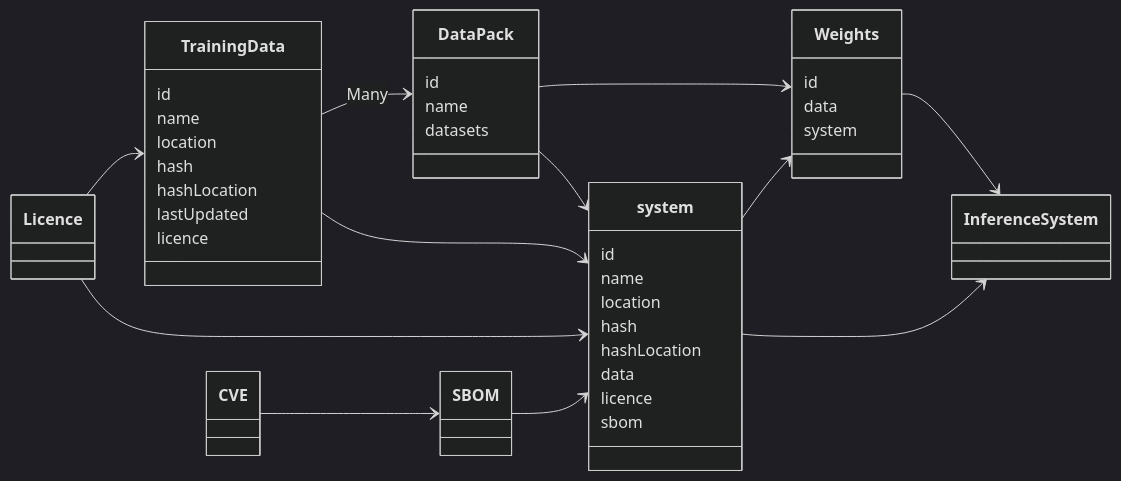
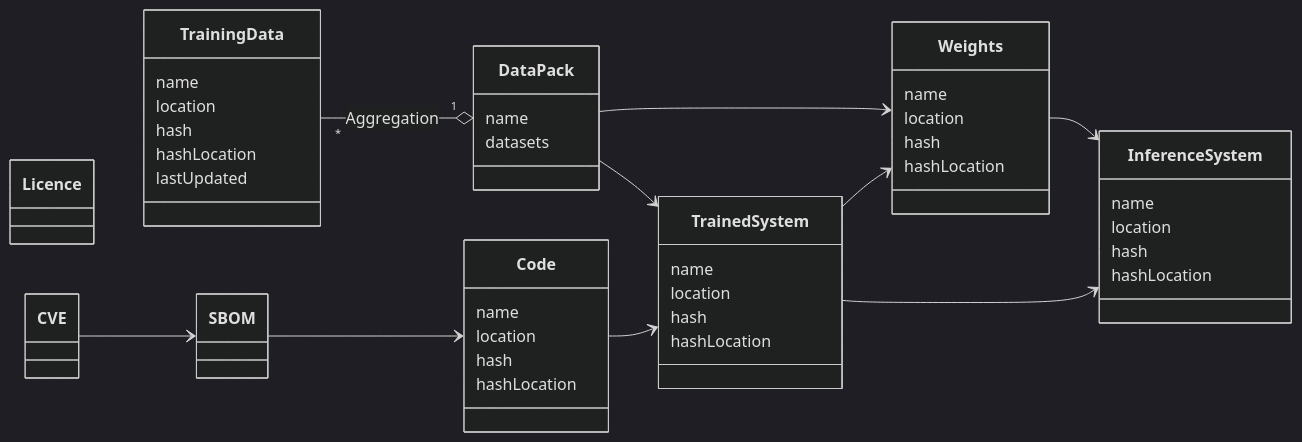
The diagram in packages/docusaurus/docs/working-docs/30-requirements-and-design/30-requirements-and-design.md (nqminds/Trusted-AI-BOM), drawn with Mermaid (dark theme) before and after one commit.

Commit message:
[2024-10-29 12:01:37] Tony McCaigue: Requirements & Design [2024-10-29 12:01:37] Tony McCaigue: Requirements & Design

````diff
--- a/packages/docusaurus/docs/working-docs/30-requirements-and-design/30-requirements-and-design.md
+++ b/packages/docusaurus/docs/working-docs/30-requirements-and-design/30-requirements-and-design.md
@@ -7,64 +7,72 @@
 ```mermaid
 
 classDiagram 
     direction LR
 
     class DataPack {
-        id
         name
         datasets
     }
 
     class TrainingData{
-        id
         name
         location
         hash
         hashLocation
         lastUpdated
-        licence
     }
 
     class Licence{
     }
 
     class CVE{
     }
 
     class SBOM {
     }
 
-    class system {
-        id
+    class TrainedSystem {
         name
         location
         hash
         hashLocation
-        data
-        licence
-        sbom
     }
 
-
     class InferenceSystem{
+        name
+        location
+        hash
+        hashLocation
     }
     
     class Weights{
-        id
-        data
-        system
+        name
+        location
+        hash
+        hashLocation
     }
 
-    TrainingData  -->  DataPack: Many
-    DataPack --> system
-    TrainingData --> system
+    class Code { 
+        name
+        location
+        hash
+        hashLocation
+    }
+
+    TrainingData "*" --o "1" DataPack : Aggregation
+    DataPack --> TrainedSystem
     DataPack --> Weights
     Weights --> InferenceSystem
-    system --> Weights
-    system --> InferenceSystem
-    Licence --> system
-    Licence --> TrainingData
+    TrainedSystem --> Weights
+    TrainedSystem --> InferenceSystem
+
+    %% Licence --> TrainingData
+    %% Licence --> Code
+    %% Licence --> TrainedSystem
+    %% Licence --> InferenceSystem
+
     CVE --> SBOM
-    SBOM --> system
+    SBOM --> Code  
+    Code --> TrainedSystem  
 
 ```
````
